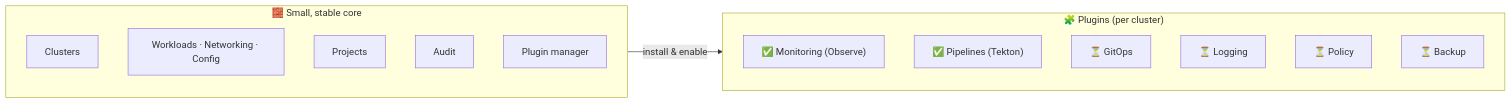
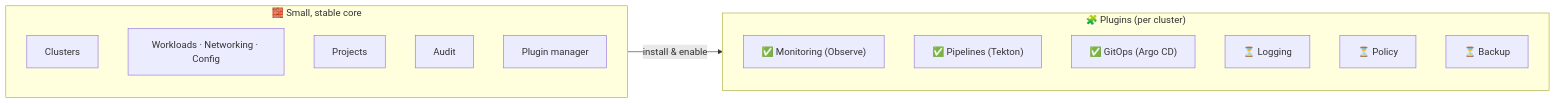
The first of 8 diagrams in README.md (chengdevith/Capybara), drawn with Mermaid before and after one commit. The commit also changed other lines of this file and 2 other files, not shown here.

Commit message:
Docs: ADR 0009 (GitOps before auth, uninstall safety), README and architecture

````diff
--- a/README.md
+++ b/README.md
@@ -40,23 +40,23 @@
 ```mermaid
 flowchart LR
     subgraph core["🧱 Small, stable core"]
         direction TB
         c1["Clusters"]
         c2["Workloads · Networking · Config"]
         c3["Projects"]
         c4["Audit"]
         c5["Plugin manager"]
     end
 
     subgraph plugins["🧩 Plugins (per cluster)"]
         direction TB
         p1["✅ Monitoring (Observe)"]
         p2["✅ Pipelines (Tekton)"]
-        p3["⏳ GitOps"]
+        p3["✅ GitOps (Argo CD)"]
         p4["⏳ Logging"]
         p5["⏳ Policy"]
         p6["⏳ Backup"]
     end
 
     c5 -- "install & enable" --> plugins
 ```
````
